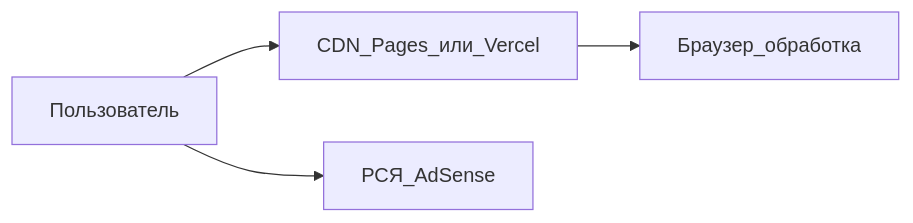
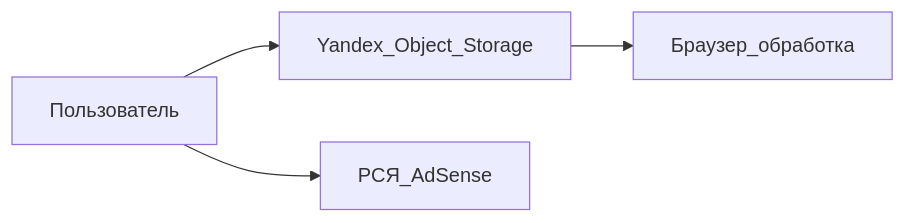
One commit to OSA-yp/pixlocal changed the diagram in research/07-economics-and-domains.md. Above: the diagram before and after it, drawn with Mermaid. The commit also changed other lines of this file and 4 other files, not shown here.

````diff
--- a/research/07-economics-and-domains.md
+++ b/research/07-economics-and-domains.md
@@ -16,9 +16,9 @@
 ```mermaid
 flowchart LR
   user[Пользователь]
-  cdn[CDN_Pages_или_Vercel]
+  storage[Yandex_Object_Storage]
   browser[Браузер_обработка]
   ads[РСЯ_AdSense]
-  user --> cdn --> browser
+  user --> storage --> browser
   user --> ads
 ```
````
